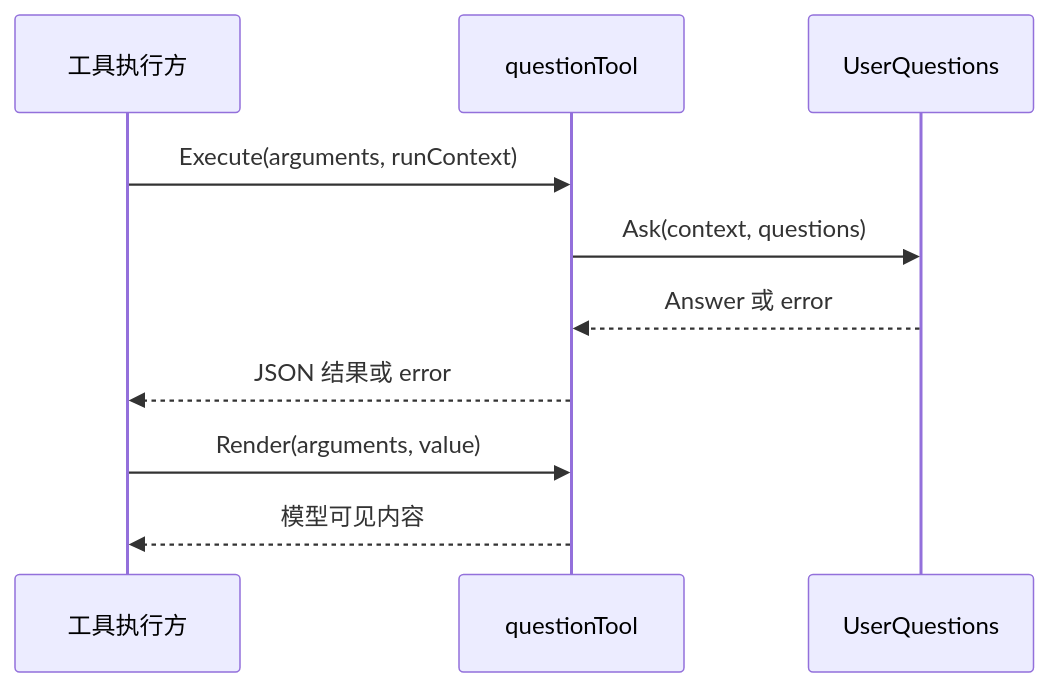
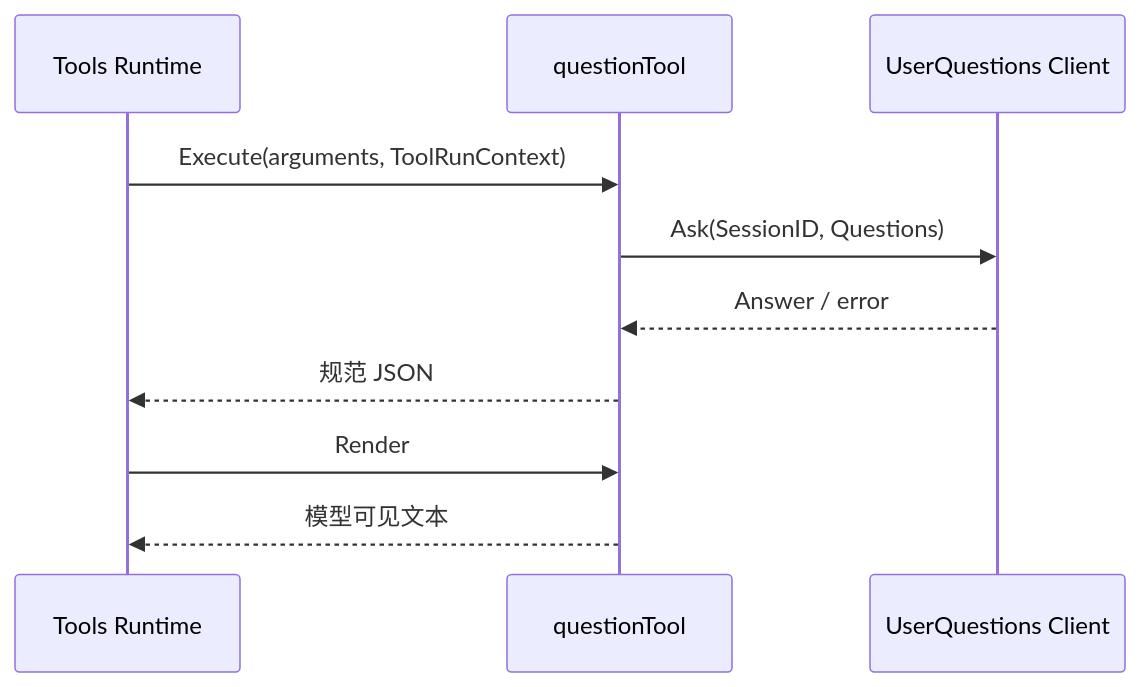
One commit to gorenx/goren changed the diagram in toolaskuser/README.zh-CN.md. Above: the diagram before and after it, drawn with Mermaid. The commit also changed other lines of this file and 6 other files, not shown here.

Commit message:
docs(actor): document workspace and user question ownership

````diff
--- a/toolaskuser/README.zh-CN.md
+++ b/toolaskuser/README.zh-CN.md
@@ -14,12 +11,12 @@
 ```mermaid
 sequenceDiagram
-    participant T as 工具执行方
-    participant Q as questionTool
-    participant U as UserQuestions
-    T->>Q: Execute(arguments, runContext)
-    Q->>U: Ask(context, questions)
-    U-->>Q: Answer 或 error
-    Q-->>T: JSON 结果或 error
-    T->>Q: Render(arguments, value)
-    Q-->>T: 模型可见内容
+    participant R as Tools Runtime
+    participant T as questionTool
+    participant Q as UserQuestions Client
+    R->>T: Execute(arguments, ToolRunContext)
+    T->>Q: Ask(SessionID, Questions)
+    Q-->>T: Answer / error
+    T-->>R: 规范 JSON
+    R->>T: Render
+    T-->>R: 模型可见文本
 ```
````
